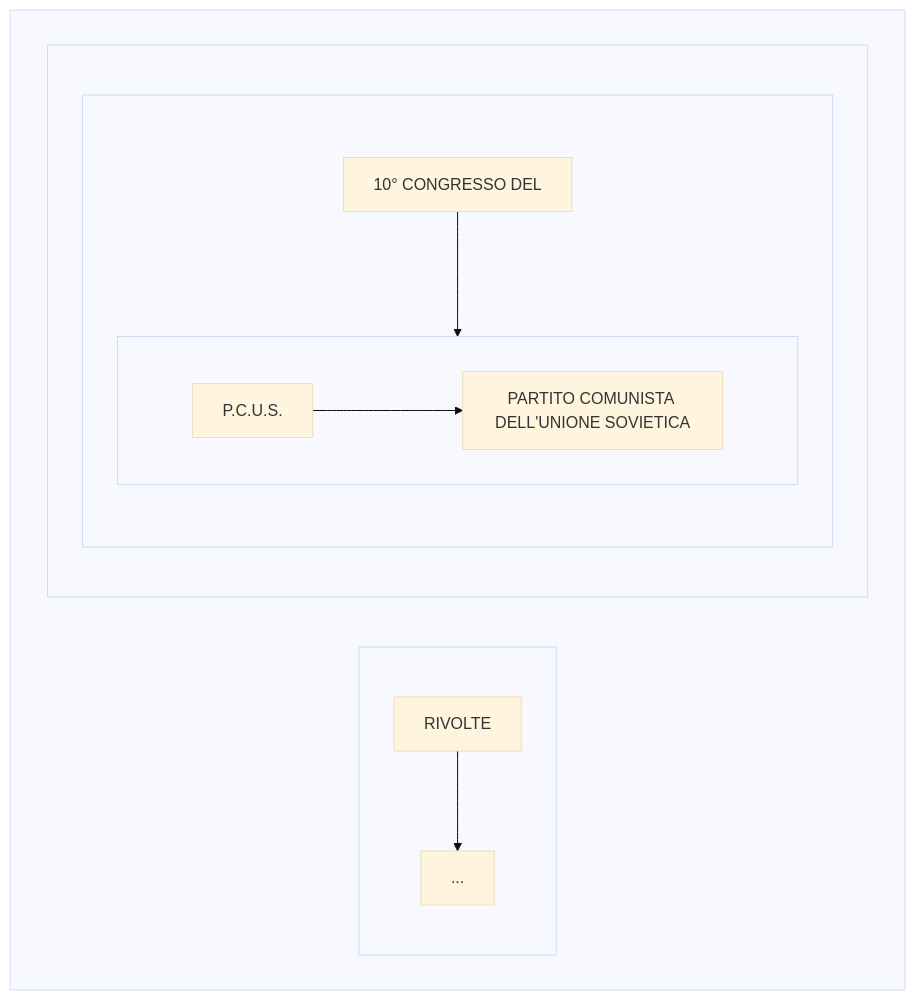
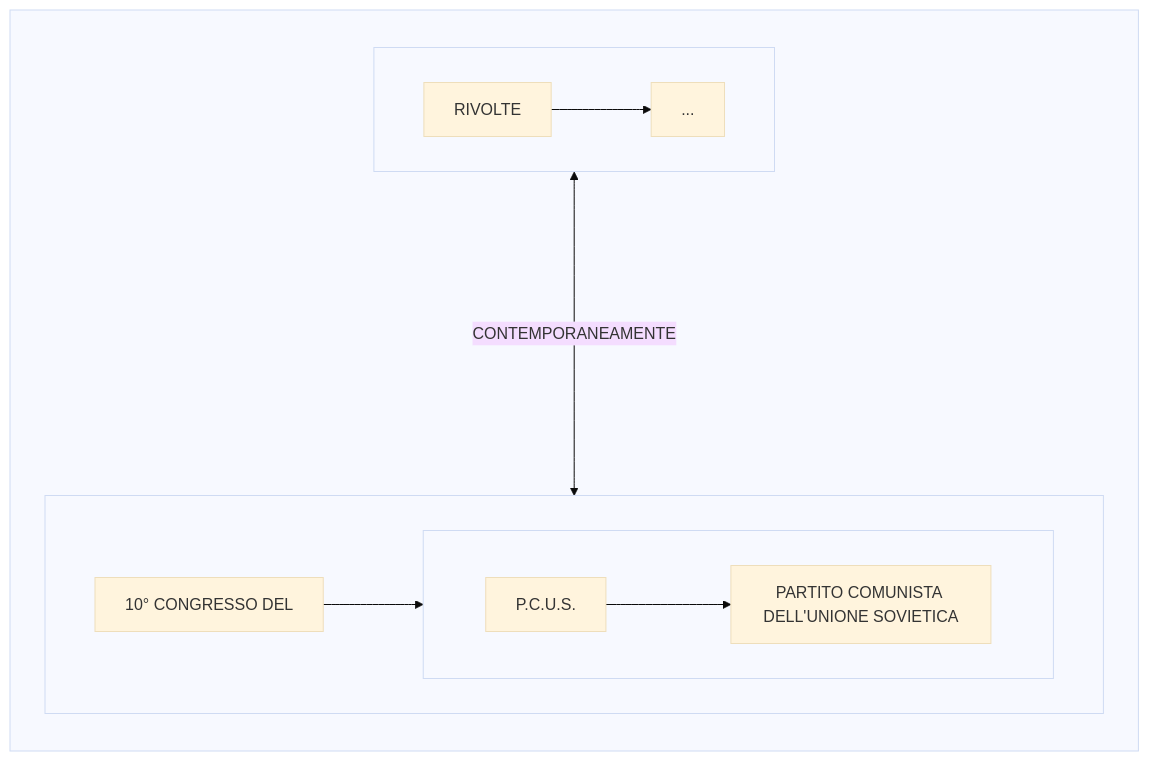
One commit to Laaouatni/ricerca-storia-MermaidJS changed the diagram in prova.md. Above: the diagram before and after it, drawn with Mermaid (base theme).

````diff
--- a/prova.md
+++ b/prova.md
@@ -1,22 +1,21 @@
 ```mermaid
-flowchart TB
+flowchart LR
   subgraph 0[" "]
     subgraph 01[" "]
       010[RIVOLTE]
       011[...]
       010 --> 011
     end
     subgraph 02[" "]
-      subgraph 022[" "]
-        020[10° CONGRESSO DEL]
-        subgraph 023[" "]
-          direction LR
-          021[P.C.U.S.]
-          0210[PARTITO COMUNISTA DELL'UNIONE SOVIETICA]
-          021 --> 0210
-        end
-        020 --> 023
+      020[10° CONGRESSO DEL]
+      subgraph 023[" "]
+        direction LR
+        021[P.C.U.S.]
+        0210[PARTITO COMUNISTA DELL'UNIONE SOVIETICA]
+        021 --> 0210
       end
+      020 --> 023
     end
+    01 <----->|CONTEMPORANEAMENTE| 02
   end
 ```
````
